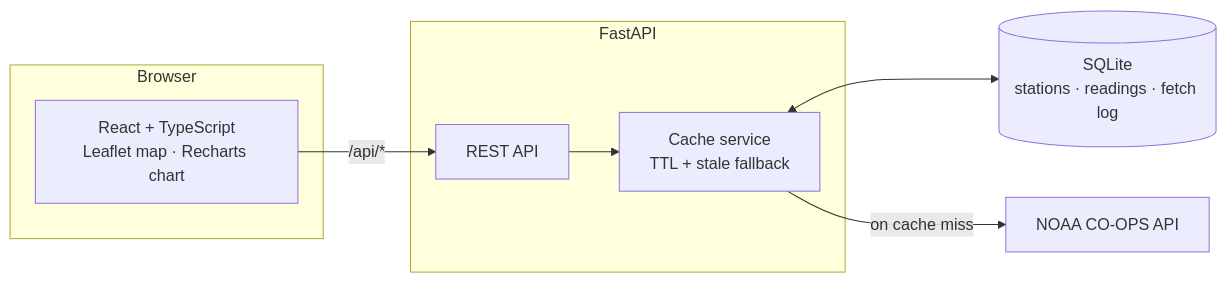
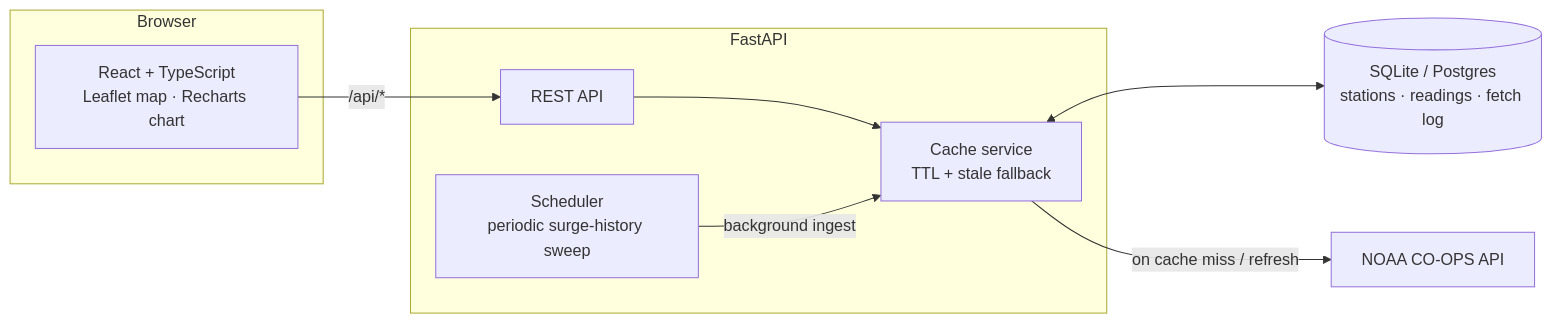
One commit to alejandro-publius/tideline changed the diagram in README.md. Above: the diagram before and after it, drawn with Mermaid. The commit also changed other lines of this file and 1 other file, not shown here.

````diff
--- a/README.md
+++ b/README.md
@@ -36,17 +38,19 @@
 ```mermaid
 flowchart LR
     subgraph Browser
         UI[React + TypeScript<br/>Leaflet map · Recharts chart]
     end
     subgraph Backend[FastAPI]
         API[REST API]
         SVC[Cache service<br/>TTL + stale fallback]
+        SCHED[Scheduler<br/>periodic surge-history sweep]
     end
-    DB[(SQLite<br/>stations · readings · fetch log)]
+    DB[(SQLite / Postgres<br/>stations · readings · fetch log)]
     NOAA[NOAA CO-OPS API]
 
     UI -- "/api/*" --> API
     API --> SVC
+    SCHED -- "background ingest" --> SVC
     SVC <--> DB
-    SVC -- "on cache miss" --> NOAA
+    SVC -- "on cache miss / refresh" --> NOAA
 ```
````
